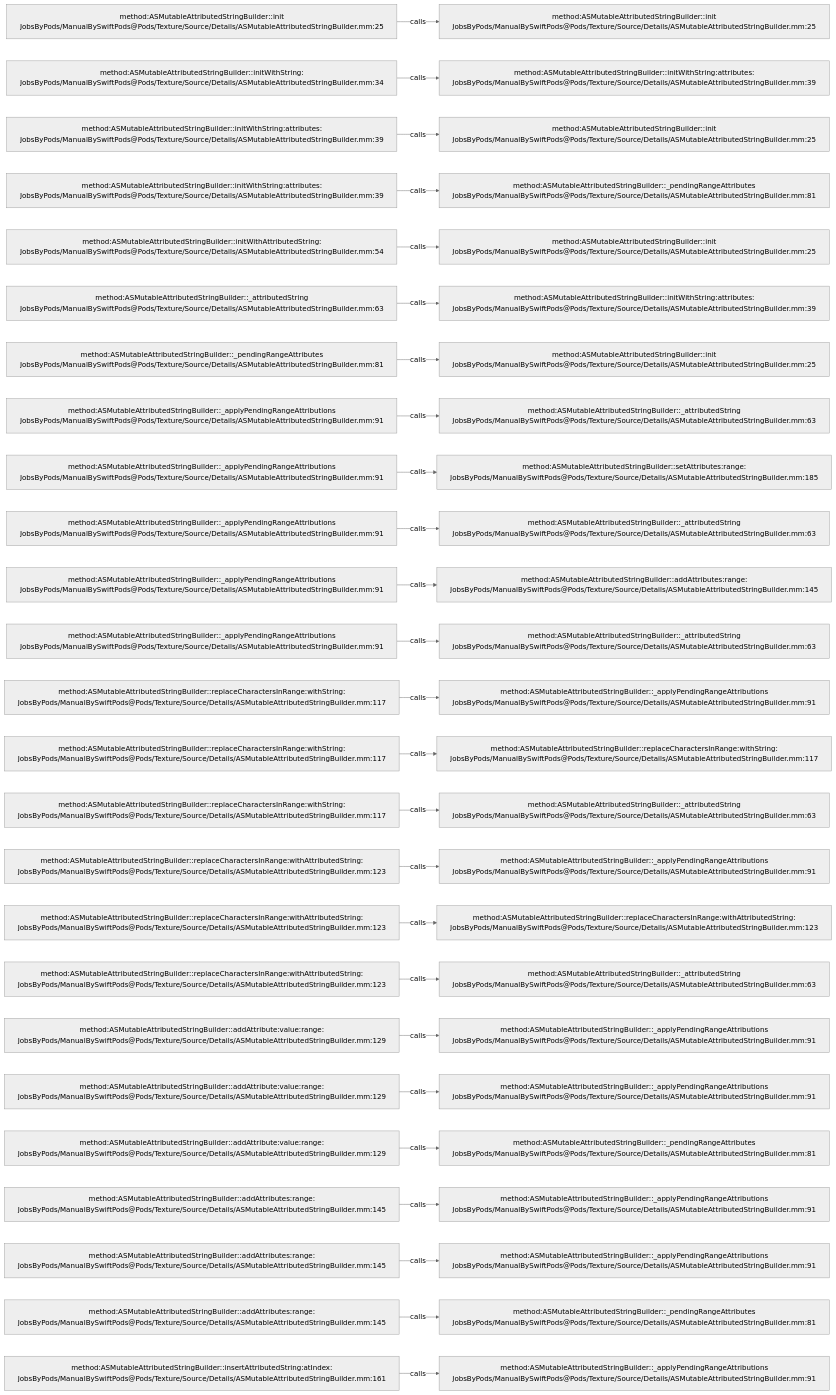
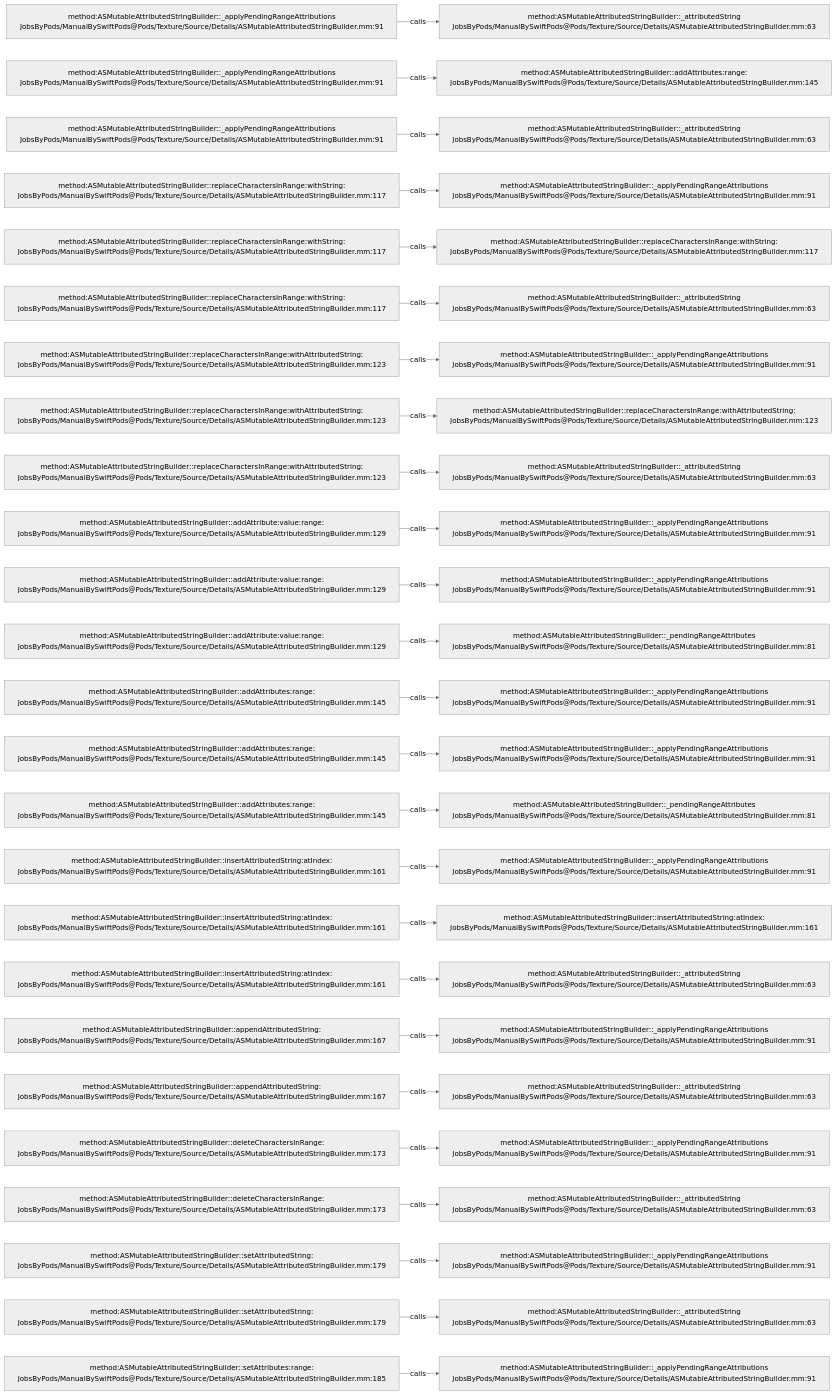
Before and after one commit to JobsKits/JobsSwiftBaseConfigDemo: the diagram in .codegraph/codegraph.md/graphs/calls-090.md, drawn with Mermaid (neutral theme). The commit also changed 707 other files, not shown here.

````diff
--- a/.codegraph/codegraph.md/graphs/calls-090.md
+++ b/.codegraph/codegraph.md/graphs/calls-090.md
@@ -13,78 +13,78 @@
 ```mermaid
 flowchart LR
-  S1["method:ASMutableAttributedStringBuilder::init<br/>JobsByPods/ManualBySwiftPods@Pods/Texture/Source/Details/ASMutableAttributedStringBuilder.mm:25"]
-  T1["method:ASMutableAttributedStringBuilder::init<br/>JobsByPods/ManualBySwiftPods@Pods/Texture/Source/Details/ASMutableAttributedStringBuilder.mm:25"]
+  S1["method:ASMutableAttributedStringBuilder::_applyPendingRangeAttributions<br/>JobsByPods/ManualBySwiftPods@Pods/Texture/Source/Details/ASMutableAttributedStringBuilder.mm:91"]
+  T1["method:ASMutableAttributedStringBuilder::_attributedString<br/>JobsByPods/ManualBySwiftPods@Pods/Texture/Source/Details/ASMutableAttributedStringBuilder.mm:63"]
   S1 -->|calls| T1
-  S2["method:ASMutableAttributedStringBuilder::initWithString:<br/>JobsByPods/ManualBySwiftPods@Pods/Texture/Source/Details/ASMutableAttributedStringBuilder.mm:34"]
-  T2["method:ASMutableAttributedStringBuilder::initWithString:attributes:<br/>JobsByPods/ManualBySwiftPods@Pods/Texture/Source/Details/ASMutableAttributedStringBuilder.mm:39"]
+  S2["method:ASMutableAttributedStringBuilder::_applyPendingRangeAttributions<br/>JobsByPods/ManualBySwiftPods@Pods/Texture/Source/Details/ASMutableAttributedStringBuilder.mm:91"]
+  T2["method:ASMutableAttributedStringBuilder::addAttributes:range:<br/>JobsByPods/ManualBySwiftPods@Pods/Texture/Source/Details/ASMutableAttributedStringBuilder.mm:145"]
   S2 -->|calls| T2
-  S3["method:ASMutableAttributedStringBuilder::initWithString:attributes:<br/>JobsByPods/ManualBySwiftPods@Pods/Texture/Source/Details/ASMutableAttributedStringBuilder.mm:39"]
-  T3["method:ASMutableAttributedStringBuilder::init<br/>JobsByPods/ManualBySwiftPods@Pods/Texture/Source/Details/ASMutableAttributedStringBuilder.mm:25"]
+  S3["method:ASMutableAttributedStringBuilder::_applyPendingRangeAttributions<br/>JobsByPods/ManualBySwiftPods@Pods/Texture/Source/Details/ASMutableAttributedStringBuilder.mm:91"]
+  T3["method:ASMutableAttributedStringBuilder::_attributedString<br/>JobsByPods/ManualBySwiftPods@Pods/Texture/Source/Details/ASMutableAttributedStringBuilder.mm:63"]
   S3 -->|calls| T3
-  S4["method:ASMutableAttributedStringBuilder::initWithString:attributes:<br/>JobsByPods/ManualBySwiftPods@Pods/Texture/Source/Details/ASMutableAttributedStringBuilder.mm:39"]
-  T4["method:ASMutableAttributedStringBuilder::_pendingRangeAttributes<br/>JobsByPods/ManualBySwiftPods@Pods/Texture/Source/Details/ASMutableAttributedStringBuilder.mm:81"]
+  S4["method:ASMutableAttributedStringBuilder::replaceCharactersInRange:withString:<br/>JobsByPods/ManualBySwiftPods@Pods/Texture/Source/Details/ASMutableAttributedStringBuilder.mm:117"]
+  T4["method:ASMutableAttributedStringBuilder::_applyPendingRangeAttributions<br/>JobsByPods/ManualBySwiftPods@Pods/Texture/Source/Details/ASMutableAttributedStringBuilder.mm:91"]
   S4 -->|calls| T4
-  S5["method:ASMutableAttributedStringBuilder::initWithAttributedString:<br/>JobsByPods/ManualBySwiftPods@Pods/Texture/Source/Details/ASMutableAttributedStringBuilder.mm:54"]
-  T5["method:ASMutableAttributedStringBuilder::init<br/>JobsByPods/ManualBySwiftPods@Pods/Texture/Source/Details/ASMutableAttributedStringBuilder.mm:25"]
+  S5["method:ASMutableAttributedStringBuilder::replaceCharactersInRange:withString:<br/>JobsByPods/ManualBySwiftPods@Pods/Texture/Source/Details/ASMutableAttributedStringBuilder.mm:117"]
+  T5["method:ASMutableAttributedStringBuilder::replaceCharactersInRange:withString:<br/>JobsByPods/ManualBySwiftPods@Pods/Texture/Source/Details/ASMutableAttributedStringBuilder.mm:117"]
   S5 -->|calls| T5
-  S6["method:ASMutableAttributedStringBuilder::_attributedString<br/>JobsByPods/ManualBySwiftPods@Pods/Texture/Source/Details/ASMutableAttributedStringBuilder.mm:63"]
-  T6["method:ASMutableAttributedStringBuilder::initWithString:attributes:<br/>JobsByPods/ManualBySwiftPods@Pods/Texture/Source/Details/ASMutableAttributedStringBuilder.mm:39"]
+  S6["method:ASMutableAttributedStringBuilder::replaceCharactersInRange:withString:<br/>JobsByPods/ManualBySwiftPods@Pods/Texture/Source/Details/ASMutableAttributedStringBuilder.mm:117"]
+  T6["method:ASMutableAttributedStringBuilder::_attributedString<br/>JobsByPods/ManualBySwiftPods@Pods/Texture/Source/Details/ASMutableAttributedStringBuilder.mm:63"]
   S6 -->|calls| T6
-  S7["method:ASMutableAttributedStringBuilder::_pendingRangeAttributes<br/>JobsByPods/ManualBySwiftPods@Pods/Texture/Source/Details/ASMutableAttributedStringBuilder.mm:81"]
-  T7["method:ASMutableAttributedStringBuilder::init<br/>JobsByPods/ManualBySwiftPods@Pods/Texture/Source/Details/ASMutableAttributedStringBuilder.mm:25"]
+  S7["method:ASMutableAttributedStringBuilder::replaceCharactersInRange:withAttributedString:<br/>JobsByPods/ManualBySwiftPods@Pods/Texture/Source/Details/ASMutableAttributedStringBuilder.mm:123"]
+  T7["method:ASMutableAttributedStringBuilder::_applyPendingRangeAttributions<br/>JobsByPods/ManualBySwiftPods@Pods/Texture/Source/Details/ASMutableAttributedStringBuilder.mm:91"]
   S7 -->|calls| T7
-  S8["method:ASMutableAttributedStringBuilder::_applyPendingRangeAttributions<br/>JobsByPods/ManualBySwiftPods@Pods/Texture/Source/Details/ASMutableAttributedStringBuilder.mm:91"]
-  T8["method:ASMutableAttributedStringBuilder::_attributedString<br/>JobsByPods/ManualBySwiftPods@Pods/Texture/Source/Details/ASMutableAttributedStringBuilder.mm:63"]
+  S8["method:ASMutableAttributedStringBuilder::replaceCharactersInRange:withAttributedString:<br/>JobsByPods/ManualBySwiftPods@Pods/Texture/Source/Details/ASMutableAttributedStringBuilder.mm:123"]
+  T8["method:ASMutableAttributedStringBuilder::replaceCharactersInRange:withAttributedString:<br/>JobsByPods/ManualBySwiftPods@Pods/Texture/Source/Details/ASMutableAttributedStringBuilder.mm:123"]
   S8 -->|calls| T8
-  S9["method:ASMutableAttributedStringBuilder::_applyPendingRangeAttributions<br/>JobsByPods/ManualBySwiftPods@Pods/Texture/Source/Details/ASMutableAttributedStringBuilder.mm:91"]
-  T9["method:ASMutableAttributedStringBuilder::setAttributes:range:<br/>JobsByPods/ManualBySwiftPods@Pods/Texture/Source/Details/ASMutableAttributedStringBuilder.mm:185"]
+  S9["method:ASMutableAttributedStringBuilder::replaceCharactersInRange:withAttributedString:<br/>JobsByPods/ManualBySwiftPods@Pods/Texture/Source/Details/ASMutableAttributedStringBuilder.mm:123"]
+  T9["method:ASMutableAttributedStringBuilder::_attributedString<br/>JobsByPods/ManualBySwiftPods@Pods/Texture/Source/Details/ASMutableAttributedStringBuilder.mm:63"]
   S9 -->|calls| T9
-  S10["method:ASMutableAttributedStringBuilder::_applyPendingRangeAttributions<br/>JobsByPods/ManualBySwiftPods@Pods/Texture/Source/Details/ASMutableAttributedStringBuilder.mm:91"]
-  T10["method:ASMutableAttributedStringBuilder::_attributedString<br/>JobsByPods/ManualBySwiftPods@Pods/Texture/Source/Details/ASMutableAttributedStringBuilder.mm:63"]
+  S10["method:ASMutableAttributedStringBuilder::addAttribute:value:range:<br/>JobsByPods/ManualBySwiftPods@Pods/Texture/Source/Details/ASMutableAttributedStringBuilder.mm:129"]
+  T10["method:ASMutableAttributedStringBuilder::_applyPendingRangeAttributions<br/>JobsByPods/ManualBySwiftPods@Pods/Texture/Source/Details/ASMutableAttributedStringBuilder.mm:91"]
   S10 -->|calls| T10
-  S11["method:ASMutableAttributedStringBuilder::_applyPendingRangeAttributions<br/>JobsByPods/ManualBySwiftPods@Pods/Texture/Source/Details/ASMutableAttributedStringBuilder.mm:91"]
-  T11["method:ASMutableAttributedStringBuilder::addAttributes:range:<br/>JobsByPods/ManualBySwiftPods@Pods/Texture/Source/Details/ASMutableAttributedStringBuilder.mm:145"]
+  S11["method:ASMutableAttributedStringBuilder::addAttribute:value:range:<br/>JobsByPods/ManualBySwiftPods@Pods/Texture/Source/Details/ASMutableAttributedStringBuilder.mm:129"]
+  T11["method:ASMutableAttributedStringBuilder::_applyPendingRangeAttributions<br/>JobsByPods/ManualBySwiftPods@Pods/Texture/Source/Details/ASMutableAttributedStringBuilder.mm:91"]
   S11 -->|calls| T11
-  S12["method:ASMutableAttributedStringBuilder::_applyPendingRangeAttributions<br/>JobsByPods/ManualBySwiftPods@Pods/Texture/Source/Details/ASMutableAttributedStringBuilder.mm:91"]
-  T12["method:ASMutableAttributedStringBuilder::_attributedString<br/>JobsByPods/ManualBySwiftPods@Pods/Texture/Source/Details/ASMutableAttributedStringBuilder.mm:63"]
+  S12["method:ASMutableAttributedStringBuilder::addAttribute:value:range:<br/>JobsByPods/ManualBySwiftPods@Pods/Texture/Source/Details/ASMutableAttributedStringBuilder.mm:129"]
+  T12["method:ASMutableAttributedStringBuilder::_pendingRangeAttributes<br/>JobsByPods/ManualBySwiftPods@Pods/Texture/Source/Details/ASMutableAttributedStringBuilder.mm:81"]
   S12 -->|calls| T12
-  S13["method:ASMutableAttributedStringBuilder::replaceCharactersInRange:withString:<br/>JobsByPods/ManualBySwiftPods@Pods/Texture/Source/Details/ASMutableAttributedStringBuilder.mm:117"]
+  S13["method:ASMutableAttributedStringBuilder::addAttributes:range:<br/>JobsByPods/ManualBySwiftPods@Pods/Texture/Source/Details/ASMutableAttributedStringBuilder.mm:145"]
   T13["method:ASMutableAttributedStringBuilder::_applyPendingRangeAttributions<br/>JobsByPods/ManualBySwiftPods@Pods/Texture/Source/Details/ASMutableAttributedStringBuilder.mm:91"]
   S13 -->|calls| T13
-  S14["method:ASMutableAttributedStringBuilder::replaceCharactersInRange:withString:<br/>JobsByPods/ManualBySwiftPods@Pods/Texture/Source/Details/ASMutableAttributedStringBuilder.mm:117"]
-  T14["method:ASMutableAttributedStringBuilder::replaceCharactersInRange:withString:<br/>JobsByPods/ManualBySwiftPods@Pods/Texture/Source/Details/ASMutableAttributedStringBuilder.mm:117"]
+  S14["method:ASMutableAttributedStringBuilder::addAttributes:range:<br/>JobsByPods/ManualBySwiftPods@Pods/Texture/Source/Details/ASMutableAttributedStringBuilder.mm:145"]
+  T14["method:ASMutableAttributedStringBuilder::_applyPendingRangeAttributions<br/>JobsByPods/ManualBySwiftPods@Pods/Texture/Source/Details/ASMutableAttributedStringBuilder.mm:91"]
   S14 -->|calls| T14
-  S15["method:ASMutableAttributedStringBuilder::replaceCharactersInRange:withString:<br/>JobsByPods/ManualBySwiftPods@Pods/Texture/Source/Details/ASMutableAttributedStringBuilder.mm:117"]
-  T15["method:ASMutableAttributedStringBuilder::_attributedString<br/>JobsByPods/ManualBySwiftPods@Pods/Texture/Source/Details/ASMutableAttributedStringBuilder.mm:63"]
+  S15["method:ASMutableAttributedStringBuilder::addAttributes:range:<br/>JobsByPods/ManualBySwiftPods@Pods/Texture/Source/Details/ASMutableAttributedStringBuilder.mm:145"]
+  T15["method:ASMutableAttributedStringBuilder::_pendingRangeAttributes<br/>JobsByPods/ManualBySwiftPods@Pods/Texture/Source/Details/ASMutableAttributedStringBuilder.mm:81"]
   S15 -->|calls| T15
-  S16["method:ASMutableAttributedStringBuilder::replaceCharactersInRange:withAttributedString:<br/>JobsByPods/ManualBySwiftPods@Pods/Texture/Source/Details/ASMutableAttributedStringBuilder.mm:123"]
+  S16["method:ASMutableAttributedStringBuilder::insertAttributedString:atIndex:<br/>JobsByPods/ManualBySwiftPods@Pods/Texture/Source/Details/ASMutableAttributedStringBuilder.mm:161"]
   T16["method:ASMutableAttributedStringBuilder::_applyPendingRangeAttributions<br/>JobsByPods/ManualBySwiftPods@Pods/Texture/Source/Details/ASMutableAttributedStringBuilder.mm:91"]
   S16 -->|calls| T16
-  S17["method:ASMutableAttributedStringBuilder::replaceCharactersInRange:withAttributedString:<br/>JobsByPods/ManualBySwiftPods@Pods/Texture/Source/Details/ASMutableAttributedStringBuilder.mm:123"]
-  T17["method:ASMutableAttributedStringBuilder::replaceCharactersInRange:withAttributedString:<br/>JobsByPods/ManualBySwiftPods@Pods/Texture/Source/Details/ASMutableAttributedStringBuilder.mm:123"]
+  S17["method:ASMutableAttributedStringBuilder::insertAttributedString:atIndex:<br/>JobsByPods/ManualBySwiftPods@Pods/Texture/Source/Details/ASMutableAttributedStringBuilder.mm:161"]
+  T17["method:ASMutableAttributedStringBuilder::insertAttributedString:atIndex:<br/>JobsByPods/ManualBySwiftPods@Pods/Texture/Source/Details/ASMutableAttributedStringBuilder.mm:161"]
   S17 -->|calls| T17
-  S18["method:ASMutableAttributedStringBuilder::replaceCharactersInRange:withAttributedString:<br/>JobsByPods/ManualBySwiftPods@Pods/Texture/Source/Details/ASMutableAttributedStringBuilder.mm:123"]
+  S18["method:ASMutableAttributedStringBuilder::insertAttributedString:atIndex:<br/>JobsByPods/ManualBySwiftPods@Pods/Texture/Source/Details/ASMutableAttributedStringBuilder.mm:161"]
   T18["method:ASMutableAttributedStringBuilder::_attributedString<br/>JobsByPods/ManualBySwiftPods@Pods/Texture/Source/Details/ASMutableAttributedStringBuilder.mm:63"]
   S18 -->|calls| T18
-  S19["method:ASMutableAttributedStringBuilder::addAttribute:value:range:<br/>JobsByPods/ManualBySwiftPods@Pods/Texture/Source/Details/ASMutableAttributedStringBuilder.mm:129"]
+  S19["method:ASMutableAttributedStringBuilder::appendAttributedString:<br/>JobsByPods/ManualBySwiftPods@Pods/Texture/Source/Details/ASMutableAttributedStringBuilder.mm:167"]
   T19["method:ASMutableAttributedStringBuilder::_applyPendingRangeAttributions<br/>JobsByPods/ManualBySwiftPods@Pods/Texture/Source/Details/ASMutableAttributedStringBuilder.mm:91"]
   S19 -->|calls| T19
-  S20["method:ASMutableAttributedStringBuilder::addAttribute:value:range:<br/>JobsByPods/ManualBySwiftPods@Pods/Texture/Source/Details/ASMutableAttributedStringBuilder.mm:129"]
-  T20["method:ASMutableAttributedStringBuilder::_applyPendingRangeAttributions<br/>JobsByPods/ManualBySwiftPods@Pods/Texture/Source/Details/ASMutableAttributedStringBuilder.mm:91"]
+  S20["method:ASMutableAttributedStringBuilder::appendAttributedString:<br/>JobsByPods/ManualBySwiftPods@Pods/Texture/Source/Details/ASMutableAttributedStringBuilder.mm:167"]
+  T20["method:ASMutableAttributedStringBuilder::_attributedString<br/>JobsByPods/ManualBySwiftPods@Pods/Texture/Source/Details/ASMutableAttributedStringBuilder.mm:63"]
   S20 -->|calls| T20
-  S21["method:ASMutableAttributedStringBuilder::addAttribute:value:range:<br/>JobsByPods/ManualBySwiftPods@Pods/Texture/Source/Details/ASMutableAttributedStringBuilder.mm:129"]
-  T21["method:ASMutableAttributedStringBuilder::_pendingRangeAttributes<br/>JobsByPods/ManualBySwiftPods@Pods/Texture/Source/Details/ASMutableAttributedStringBuilder.mm:81"]
+  S21["method:ASMutableAttributedStringBuilder::deleteCharactersInRange:<br/>JobsByPods/ManualBySwiftPods@Pods/Texture/Source/Details/ASMutableAttributedStringBuilder.mm:173"]
+  T21["method:ASMutableAttributedStringBuilder::_applyPendingRangeAttributions<br/>JobsByPods/ManualBySwiftPods@Pods/Texture/Source/Details/ASMutableAttributedStringBuilder.mm:91"]
   S21 -->|calls| T21
-  S22["method:ASMutableAttributedStringBuilder::addAttributes:range:<br/>JobsByPods/ManualBySwiftPods@Pods/Texture/Source/Details/ASMutableAttributedStringBuilder.mm:145"]
-  T22["method:ASMutableAttributedStringBuilder::_applyPendingRangeAttributions<br/>JobsByPods/ManualBySwiftPods@Pods/Texture/Source/Details/ASMutableAttributedStringBuilder.mm:91"]
+  S22["method:ASMutableAttributedStringBuilder::deleteCharactersInRange:<br/>JobsByPods/ManualBySwiftPods@Pods/Texture/Source/Details/ASMutableAttributedStringBuilder.mm:173"]
+  T22["method:ASMutableAttributedStringBuilder::_attributedString<br/>JobsByPods/ManualBySwiftPods@Pods/Texture/Source/Details/ASMutableAttributedStringBuilder.mm:63"]
   S22 -->|calls| T22
-  S23["method:ASMutableAttributedStringBuilder::addAttributes:range:<br/>JobsByPods/ManualBySwiftPods@Pods/Texture/Source/Details/ASMutableAttributedStringBuilder.mm:145"]
+  S23["method:ASMutableAttributedStringBuilder::setAttributedString:<br/>JobsByPods/ManualBySwiftPods@Pods/Texture/Source/Details/ASMutableAttributedStringBuilder.mm:179"]
   T23["method:ASMutableAttributedStringBuilder::_applyPendingRangeAttributions<br/>JobsByPods/ManualBySwiftPods@Pods/Texture/Source/Details/ASMutableAttributedStringBuilder.mm:91"]
   S23 -->|calls| T23
-  S24["method:ASMutableAttributedStringBuilder::addAttributes:range:<br/>JobsByPods/ManualBySwiftPods@Pods/Texture/Source/Details/ASMutableAttributedStringBuilder.mm:145"]
-  T24["method:ASMutableAttributedStringBuilder::_pendingRangeAttributes<br/>JobsByPods/ManualBySwiftPods@Pods/Texture/Source/Details/ASMutableAttributedStringBuilder.mm:81"]
+  S24["method:ASMutableAttributedStringBuilder::setAttributedString:<br/>JobsByPods/ManualBySwiftPods@Pods/Texture/Source/Details/ASMutableAttributedStringBuilder.mm:179"]
+  T24["method:ASMutableAttributedStringBuilder::_attributedString<br/>JobsByPods/ManualBySwiftPods@Pods/Texture/Source/Details/ASMutableAttributedStringBuilder.mm:63"]
   S24 -->|calls| T24
-  S25["method:ASMutableAttributedStringBuilder::insertAttributedString:atIndex:<br/>JobsByPods/ManualBySwiftPods@Pods/Texture/Source/Details/ASMutableAttributedStringBuilder.mm:161"]
+  S25["method:ASMutableAttributedStringBuilder::setAttributes:range:<br/>JobsByPods/ManualBySwiftPods@Pods/Texture/Source/Details/ASMutableAttributedStringBuilder.mm:185"]
   T25["method:ASMutableAttributedStringBuilder::_applyPendingRangeAttributions<br/>JobsByPods/ManualBySwiftPods@Pods/Texture/Source/Details/ASMutableAttributedStringBuilder.mm:91"]
   S25 -->|calls| T25
 ```
````
